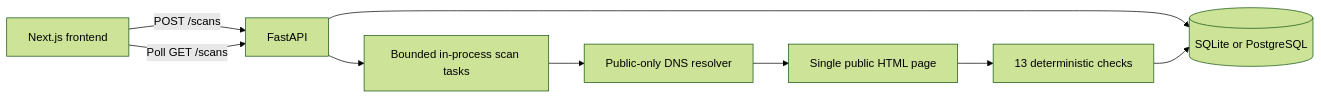
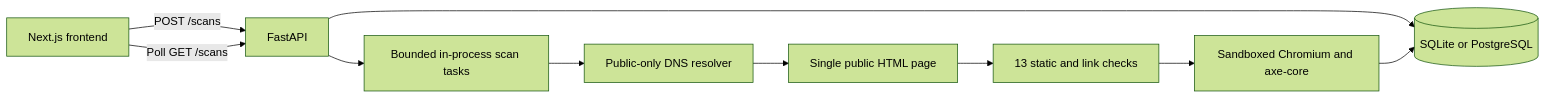
One commit to ayesha02025S/Site-Scan changed the diagram in docs/architecture.md. Above: the diagram before and after it, drawn with Mermaid (forest theme). The commit also changed other lines of this file and 20 other files, not shown here.

````diff
--- a/docs/architecture.md
+++ b/docs/architecture.md
@@ -3,11 +3,12 @@
 ```mermaid
 flowchart LR
     Browser[Next.js frontend] -->|POST /scans| API[FastAPI]
     Browser -->|Poll GET /scans| API
     API --> DB[(SQLite or PostgreSQL)]
     API --> Tasks[Bounded in-process scan tasks]
     Tasks --> Resolver[Public-only DNS resolver]
     Resolver --> Website[Single public HTML page]
-    Website --> Checks[13 deterministic checks]
-    Checks --> DB
+    Website --> Checks[13 static and link checks]
+    Checks --> BrowserAudit[Sandboxed Chromium and axe-core]
+    BrowserAudit --> DB
 ```
````
